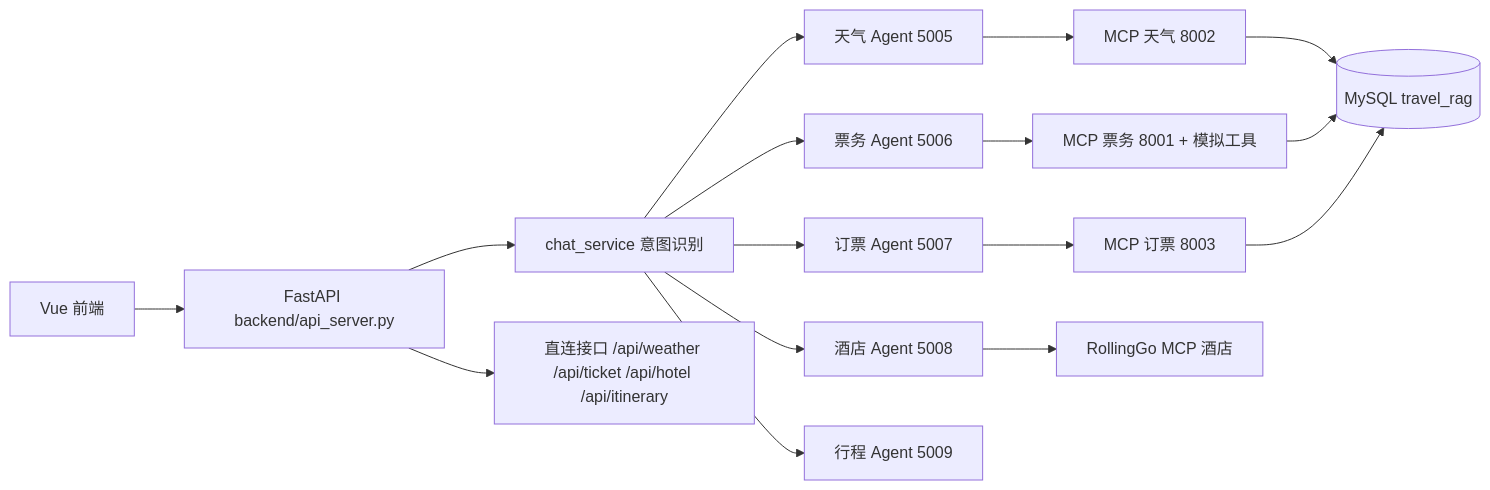
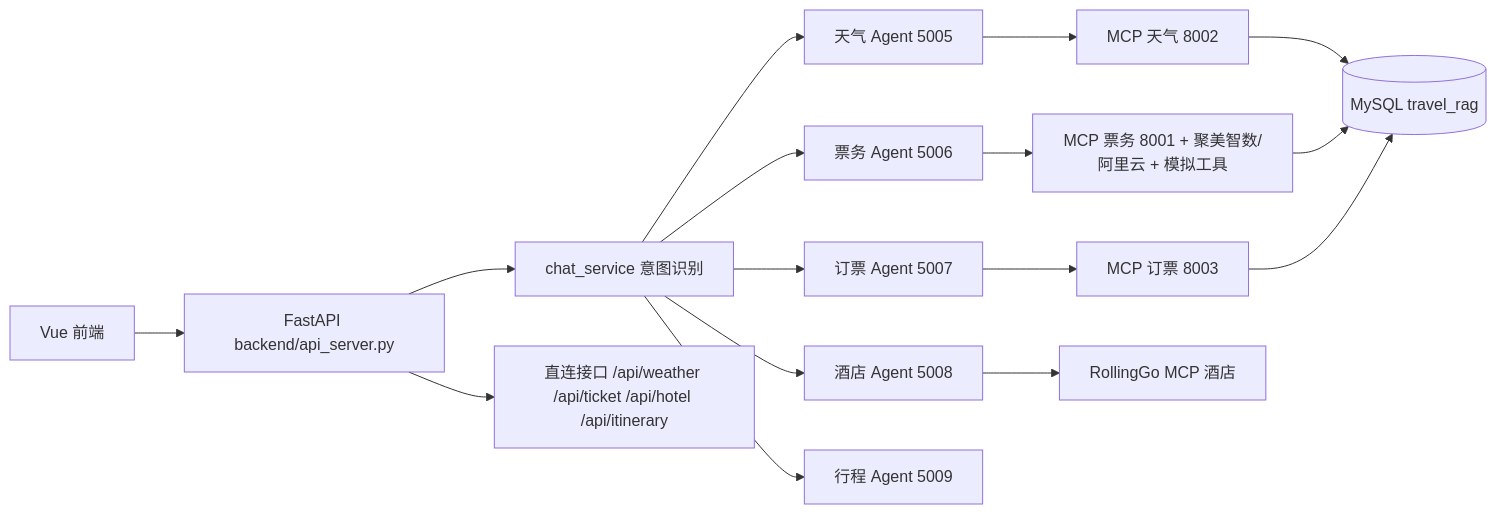
The diagram in CLAUDE.md (NISUHCIN/SmartVoyage), drawn with Mermaid before and after one commit. The commit also changed other lines of this file and 40 other files, not shown here.

````diff
--- a/CLAUDE.md
+++ b/CLAUDE.md
@@ -26,18 +28,18 @@
 ```mermaid
 flowchart LR
   U[Vue 前端] --> API[FastAPI backend/api_server.py]
   API --> CS[chat_service 意图识别]
   API --> DIRECT[直连接口 /api/weather /api/ticket /api/hotel /api/itinerary]
   CS --> A1[天气 Agent 5005]
   CS --> A2[票务 Agent 5006]
   CS --> A3[订票 Agent 5007]
   CS --> A4[酒店 Agent 5008]
   CS --> A5[行程 Agent 5009]
   A1 --> M1[MCP 天气 8002]
-  A2 --> M2[MCP 票务 8001 + 模拟工具]
+  A2 --> M2[MCP 票务 8001 + 聚美智数/阿里云 + 模拟工具]
   A3 --> M3[MCP 订票 8003]
   A4 --> M4[RollingGo MCP 酒店]
   M1 --> DB[(MySQL travel_rag)]
   M2 --> DB
   M3 --> DB
 ```
````
